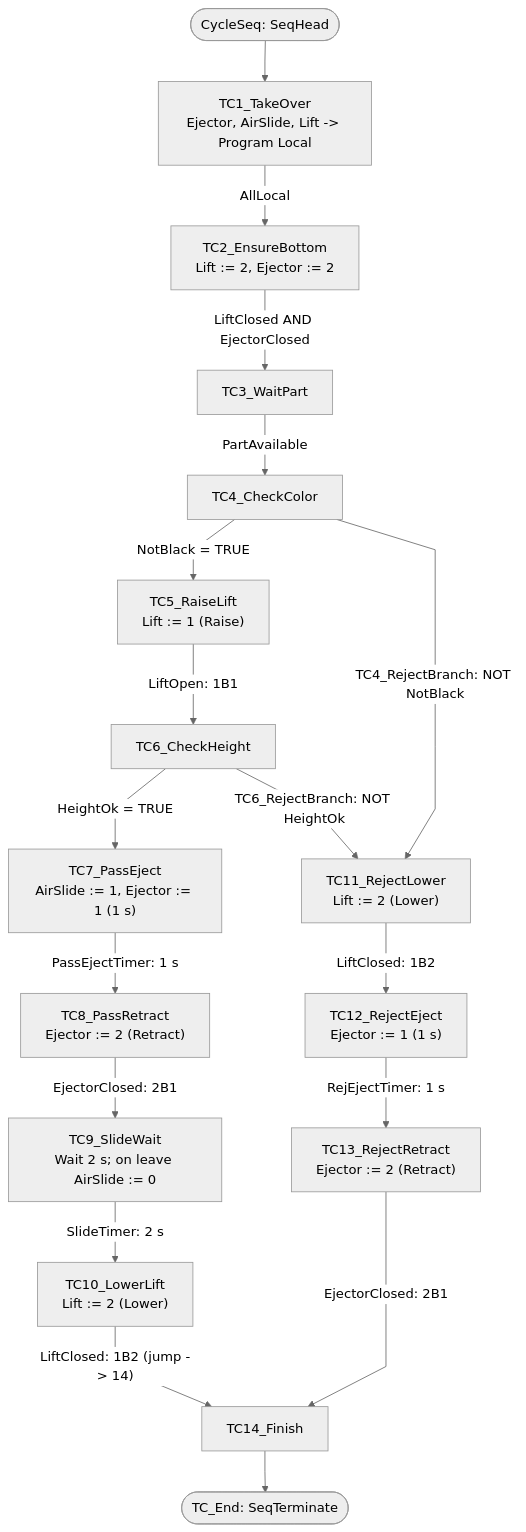
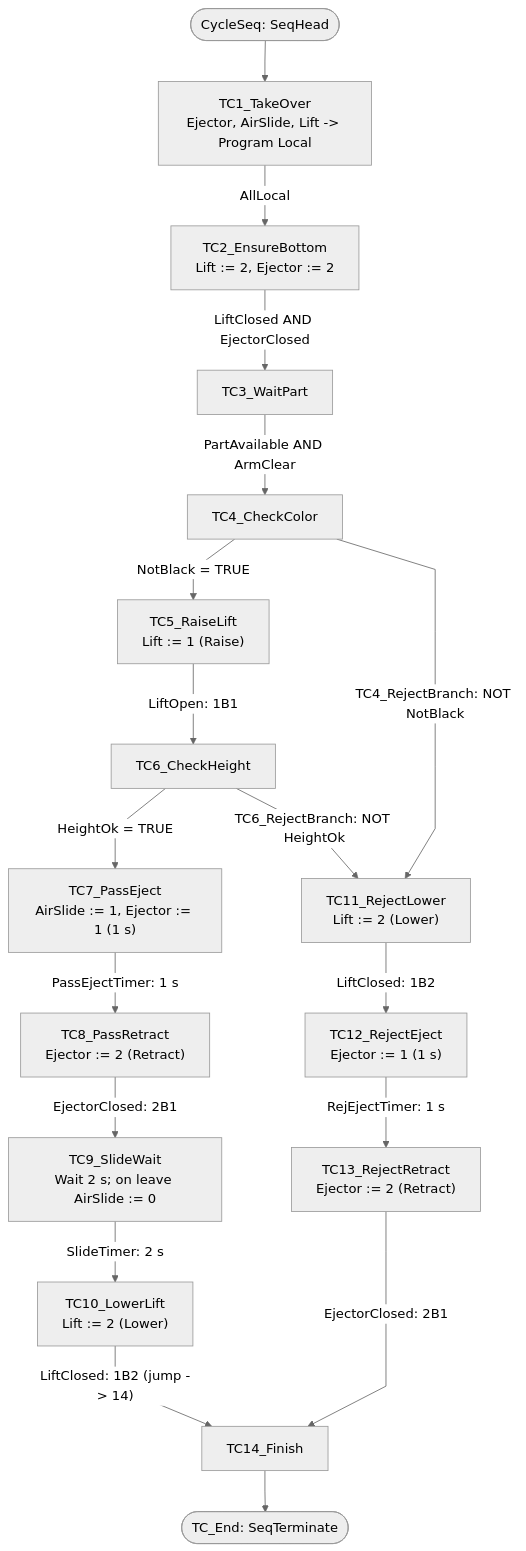
The third of 3 diagrams in docs/TESTING.md (D7017E-LLM-Based-Failure-Detection/ttt-MPS), drawn with Mermaid before and after one commit. The commit also changed other lines of this file and 1 other file, not shown here.

````diff
--- a/docs/TESTING.md
+++ b/docs/TESTING.md
@@ -199,38 +202,38 @@
 ```mermaid
 %%{init: {"theme": "neutral", "flowchart": {"curve": "linear"}}}%%
 flowchart TD
     CycleHead(["CycleSeq: SeqHead"])
     TC1["TC1_TakeOver<br/>Ejector, AirSlide, Lift -> Program Local"]
     TC2["TC2_EnsureBottom<br/>Lift := 2, Ejector := 2"]
     TC3["TC3_WaitPart"]
     TC4["TC4_CheckColor"]
     TC5["TC5_RaiseLift<br/>Lift := 1 (Raise)"]
     TC6["TC6_CheckHeight"]
     TC7["TC7_PassEject<br/>AirSlide := 1, Ejector := 1 (1 s)"]
     TC8["TC8_PassRetract<br/>Ejector := 2 (Retract)"]
     TC9["TC9_SlideWait<br/>Wait 2 s; on leave AirSlide := 0"]
     TC10["TC10_LowerLift<br/>Lift := 2 (Lower)"]
     TC11["TC11_RejectLower<br/>Lift := 2 (Lower)"]
     TC12["TC12_RejectEject<br/>Ejector := 1 (1 s)"]
     TC13["TC13_RejectRetract<br/>Ejector := 2 (Retract)"]
     TC14["TC14_Finish"]
     TCEnd(["TC_End: SeqTerminate"])
 
     CycleHead --> TC1
     TC1 -->|AllLocal| TC2
     TC2 -->|LiftClosed AND EjectorClosed| TC3
-    TC3 -->|PartAvailable| TC4
+    TC3 -->|PartAvailable AND ArmClear| TC4
     TC4 -->|NotBlack = TRUE| TC5
     TC4 -->|TC4_RejectBranch: NOT NotBlack| TC11
     TC5 -->|LiftOpen: 1B1| TC6
     TC6 -->|HeightOk = TRUE| TC7
     TC6 -->|TC6_RejectBranch: NOT HeightOk| TC11
     TC7 -->|PassEjectTimer: 1 s| TC8
     TC8 -->|EjectorClosed: 2B1| TC9
     TC9 -->|SlideTimer: 2 s| TC10
     TC10 -->|"LiftClosed: 1B2 (jump -> 14)"| TC14
     TC11 -->|LiftClosed: 1B2| TC12
     TC12 -->|RejEjectTimer: 1 s| TC13
     TC13 -->|EjectorClosed: 2B1| TC14
     TC14 --> TCEnd
 ```
````
